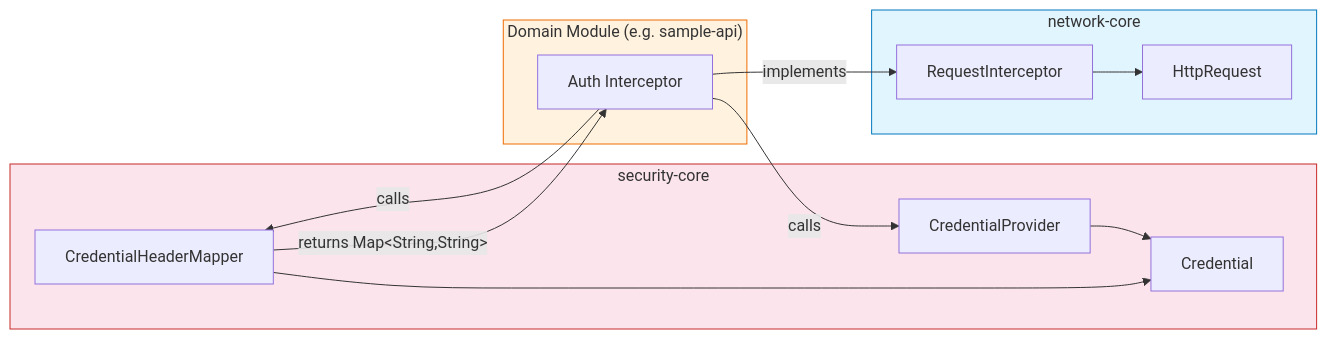
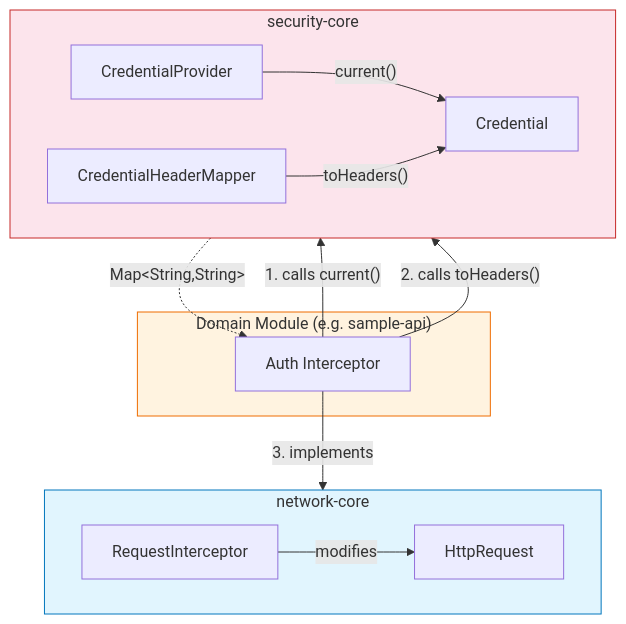
Before and after one commit to DanCrRdz93/core-data-platform: the fourth of 4 diagrams in README.md, drawn with Mermaid. The commit also changed other lines of this file and 8 other files, not shown here.

Commit message:
update diagrams

````diff
--- a/README.md
+++ b/README.md
@@ -886,29 +918,31 @@
 ```mermaid
-graph LR
-    subgraph security-core
+graph TD
+    subgraph security-core["security-core"]
+        direction LR
         CP[CredentialProvider]
         CHM[CredentialHeaderMapper]
         CR[Credential]
-        CP --> CR
-        CHM --> CR
-    end
-
-    subgraph network-core
-        RI[RequestInterceptor]
-        HR[HttpRequest]
-        RI --> HR
+        CP -->|"current()"| CR
+        CHM -->|"toHeaders()"| CR
     end
 
     subgraph consumer["Domain Module (e.g. sample-api)"]
         AI[Auth Interceptor]
-        AI -->|"calls"| CP
-        AI -->|"calls"| CHM
-        AI -->|"implements"| RI
     end
 
-    CHM -->|"returns Map&lt;String,String&gt;"| AI
+    subgraph network-core["network-core"]
+        direction LR
+        RI[RequestInterceptor]
+        HR[HttpRequest]
+        RI -->|"modifies"| HR
+    end
+
+    AI -->|"1. calls current()"| CP
+    AI -->|"2. calls toHeaders()"| CHM
+    CHM -.->|"Map&lt;String,String&gt;"| AI
+    AI -->|"3. implements"| RI
 
     style security-core fill:#fce4ec,stroke:#c62828
     style network-core fill:#e1f5fe,stroke:#0277bd
     style consumer fill:#fff3e0,stroke:#ef6c00
 ```
````
